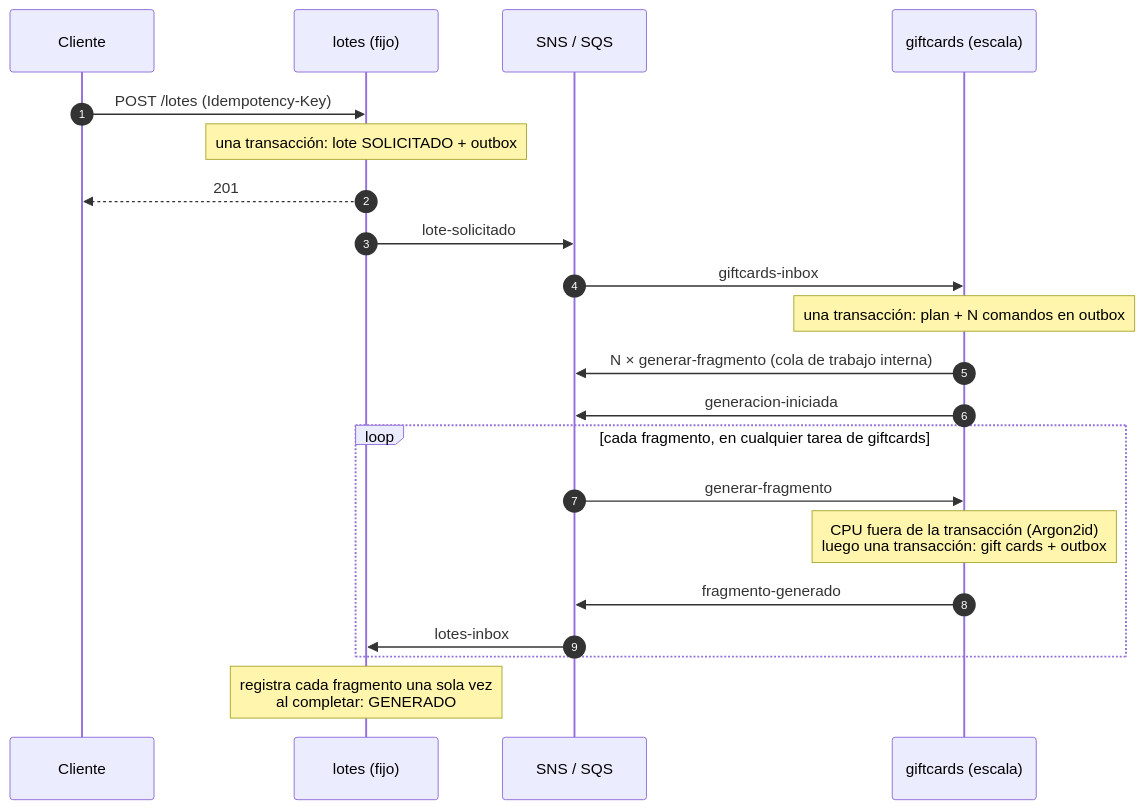
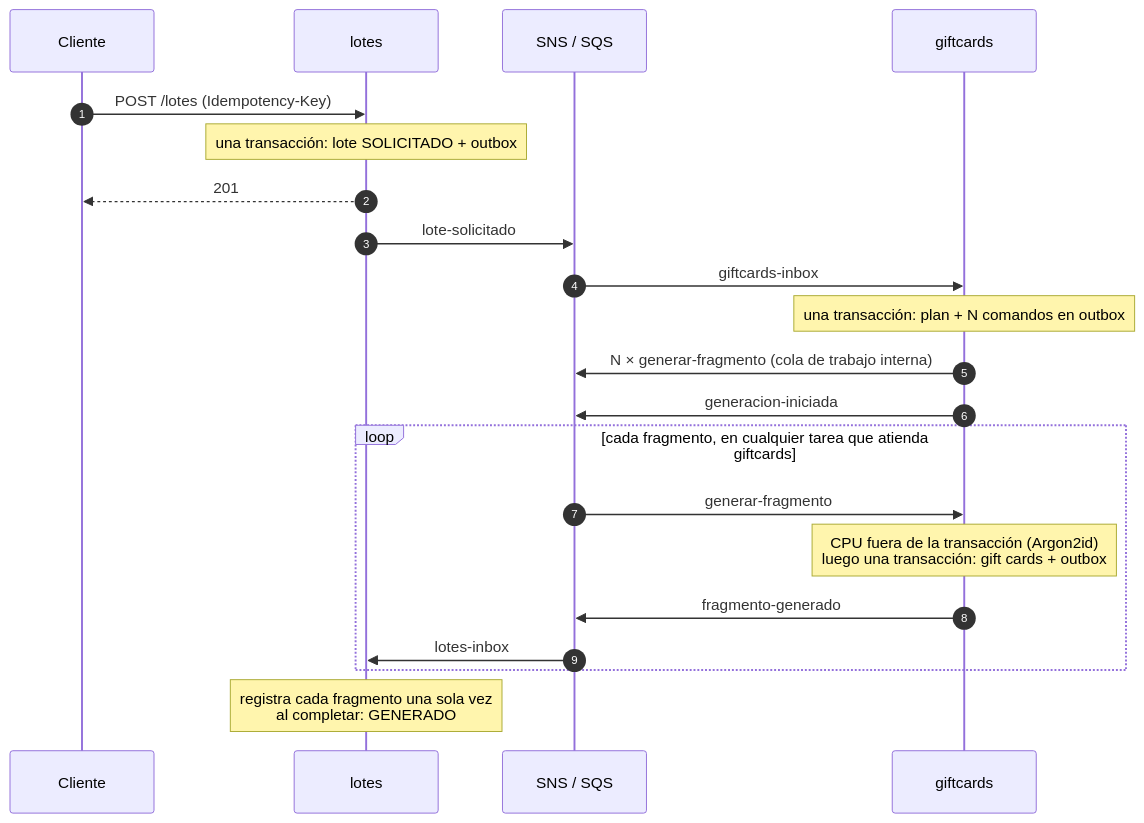
The second of 2 diagrams in README.md (metrica-global/ejemplo-java-quarkus-postgresql), drawn with Mermaid before and after one commit. The commit also changed other lines of this file and 7 other files, not shown here.

````diff
--- a/README.md
+++ b/README.md
@@ -133,24 +212,24 @@
 ```mermaid
 sequenceDiagram
     autonumber
     participant C as Cliente
-    participant L as lotes (fijo)
+    participant L as lotes
     participant B as SNS / SQS
-    participant G as giftcards (escala)
+    participant G as giftcards
 
     C->>L: POST /lotes (Idempotency-Key)
     Note over L: una transacción: lote SOLICITADO + outbox
     L-->>C: 201
     L->>B: lote-solicitado
     B->>G: giftcards-inbox
     Note over G: una transacción: plan + N comandos en outbox
     G->>B: N × generar-fragmento (cola de trabajo interna)
     G->>B: generacion-iniciada
-    loop cada fragmento, en cualquier tarea de giftcards
+    loop cada fragmento, en cualquier tarea que atienda giftcards
         B->>G: generar-fragmento
         Note over G: CPU fuera de la transacción (Argon2id)<br/>luego una transacción: gift cards + outbox
         G->>B: fragmento-generado
         B->>L: lotes-inbox
     end
     Note over L: registra cada fragmento una sola vez<br/>al completar: GENERADO
 ```
````
